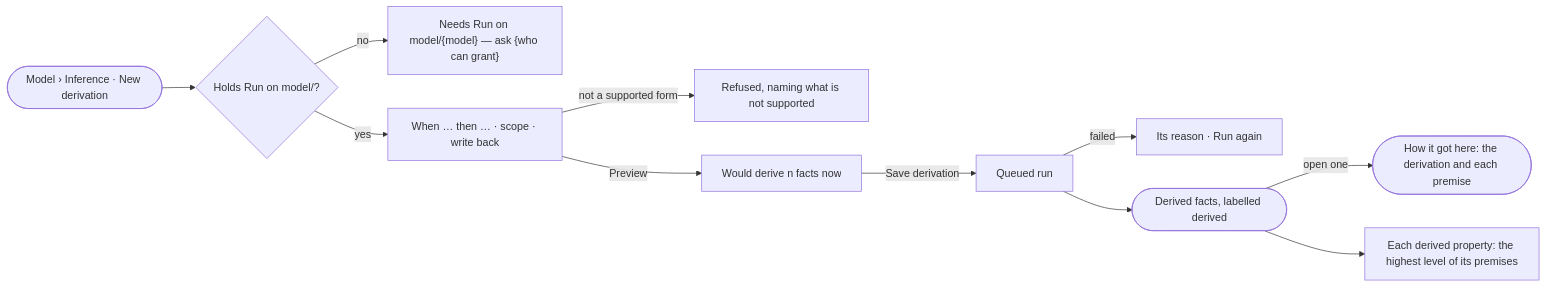
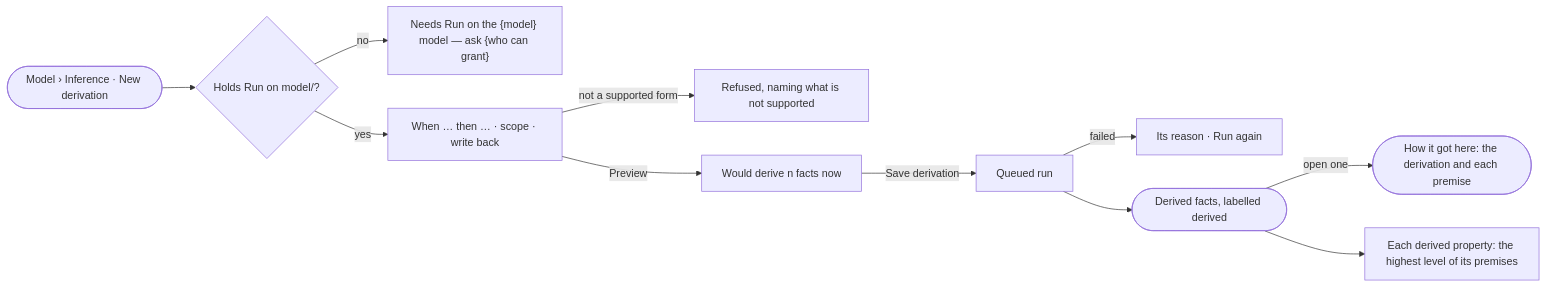
One commit to invana/invana changed the diagram in specs/capabilities/semantics/features/SE-F08-inference/stories/SE-22-derive-facts-from-a-rule/story.md. Above: the diagram before and after it, drawn with Mermaid. The commit also changed other lines of this file and 127 other files, not shown here.

````diff
--- a/specs/capabilities/semantics/features/SE-F08-inference/stories/SE-22-derive-facts-from-a-rule/story.md
+++ b/specs/capabilities/semantics/features/SE-F08-inference/stories/SE-22-derive-facts-from-a-rule/story.md
@@ -29,13 +29,13 @@
 ```mermaid
 flowchart LR
   a([Model › Inference · New derivation]) --> c{"Holds Run on model/<model>?"}
-  c -->|no| na["Needs Run on model/{model} — ask {who can grant}"]
+  c -->|no| na["Needs Run on the {model} model — ask {who can grant}"]
   c -->|yes| d["When … then … · scope · write back"]
   d -->|not a supported form| x["Refused, naming what is not supported"]
   d -->|Preview| p["Would derive n facts now"]
   p -->|Save derivation| q["Queued run"]
   q -->|failed| f["Its reason · Run again"]
   q --> r(["Derived facts, labelled derived"])
   r -->|open one| h(["How it got here: the derivation and each premise"])
   r --> l["Each derived property: the highest level of its premises"]
 ```
````
